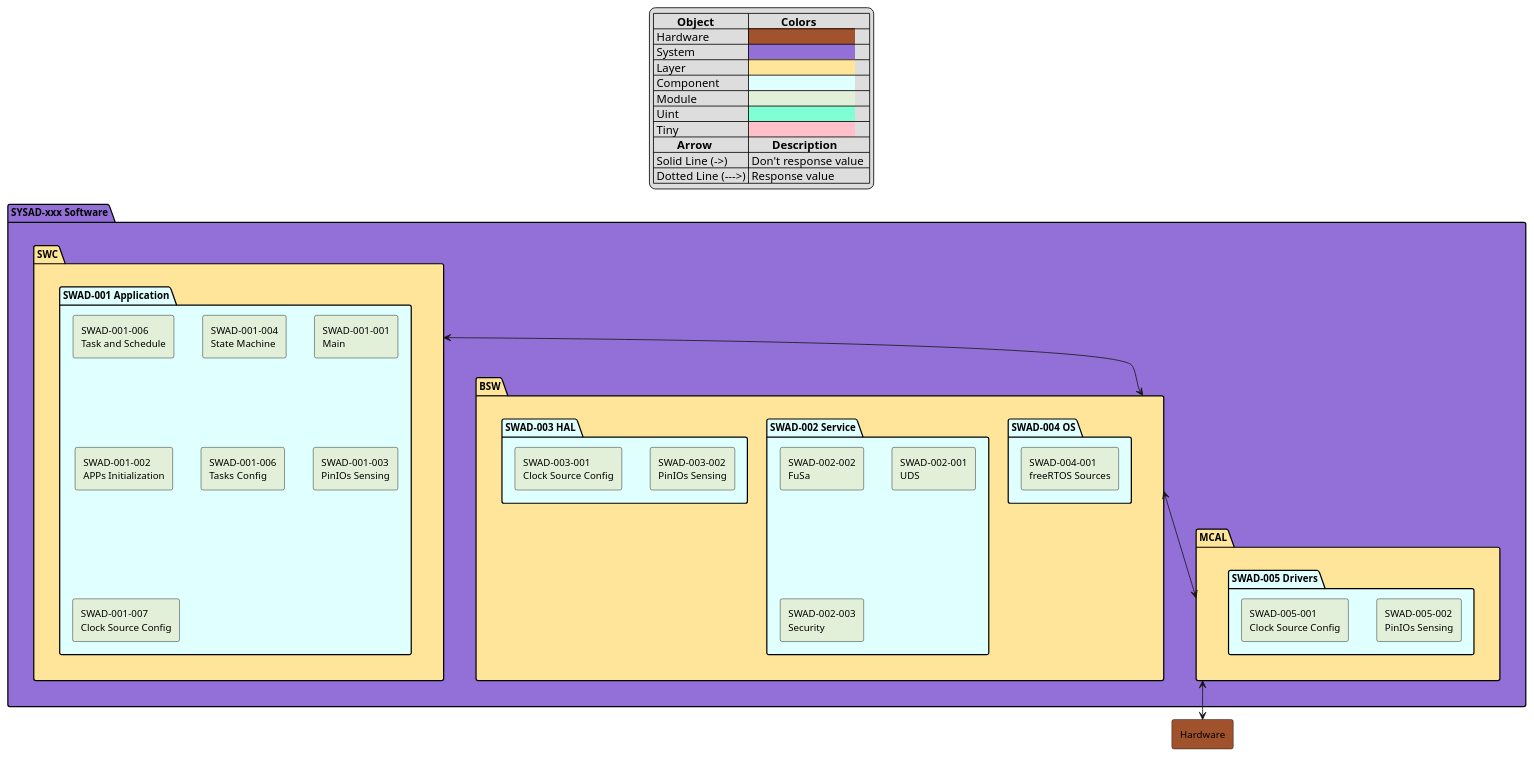
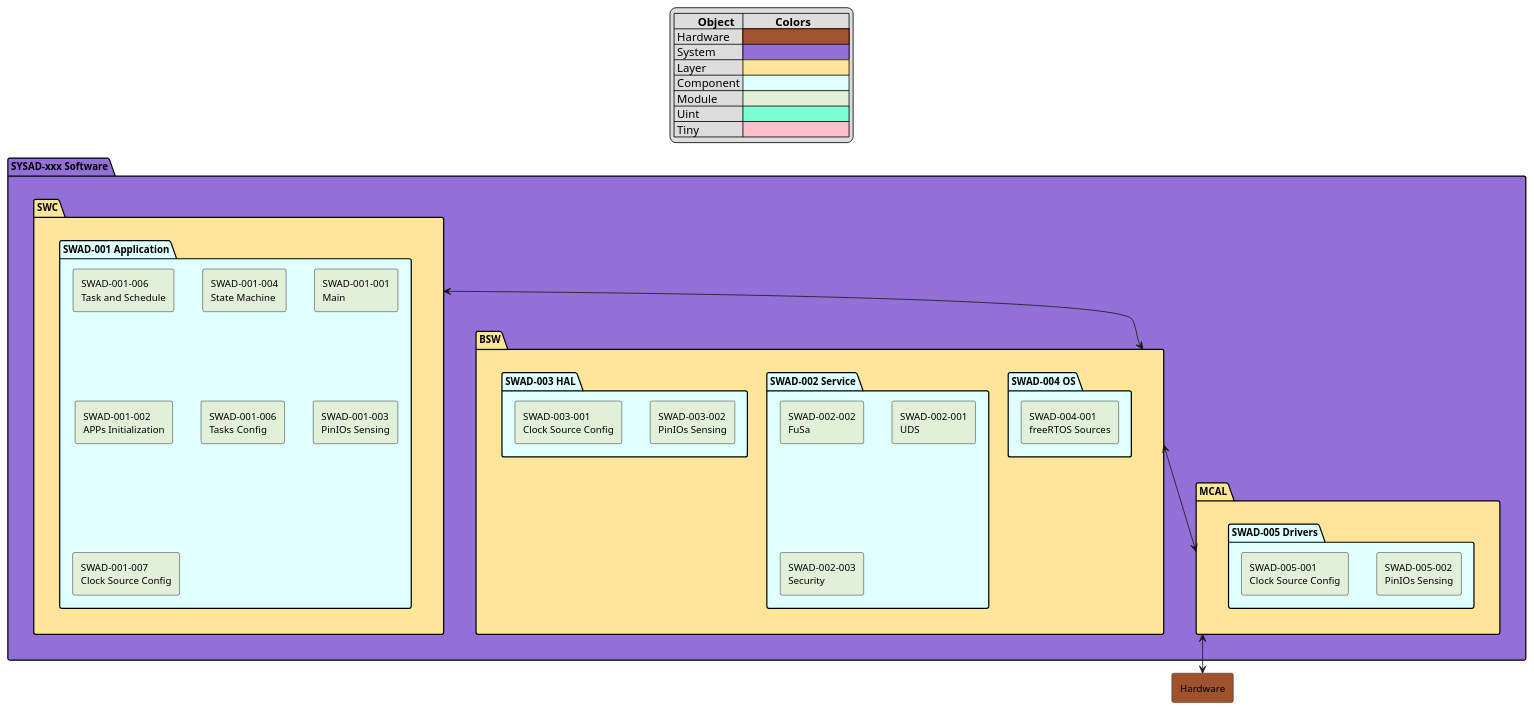
Before and after one commit to FdsLu/StaticSwArch: the diagram in Static_Sw_Arch.plantuml, drawn with PlantUML. The commit also changed 1 other file, not shown here.

Commit message:
[Delete] Arrow Description

```diff
--- a/Static_Sw_Arch.plantuml
+++ b/Static_Sw_Arch.plantuml
@@ -1,68 +1,64 @@
 @startuml
 '----- Table Description ----
 'Object Colors Setting
 skinparam defaultFontName Arial
 skinparam defaultFontSize 12
 legend top
 |=        Object  |=           Colors  |
 | Hardware  |<back:sienna>                                    |
 | System  |<back:mediumpurple>                                    |
 | Layer  |<back:#FEE599>                                    |
 | Component |<back:#lightcyan>                                    |
 | Module |<back:#E2EFD9>                                    |
 | Uint |<back:#aquamarine>                                    |
 | Tiny |<back:#pink>                                    |
-'Arrow Function
-|=        Arrow |=        Description |
-| Solid Line (->) | Don't response value  |
-| Dotted Line (--->) | Response value |
 endlegend
 
 skinparam rectangle {
     BackgroundColor LightSkyBlue
     BorderColor Black
 }
 
 package "SYSAD-xxx Software" #mediumpurple {
     package "SWC" #FEE599 {
         package "SWAD-001 Application" #lightcyan{
             rectangle "SWAD-001-006\nTask and Schedule" as TaskSchedule #E2EFD9
             rectangle "SWAD-001-004\nState Machine" as StateMachine #E2EFD9
             rectangle "SWAD-001-001\nMain" as Main #E2EFD9
             rectangle "SWAD-001-002\nAPPs Initialization" as AppsInit #E2EFD9
             rectangle "SWAD-001-006\nTasks Config" as TasksConfig #E2EFD9
             rectangle "SWAD-001-003\nPinIOs Sensing" as PinIOSensing #E2EFD9
             rectangle "SWAD-001-007\nClock Source Config" as ClockSourceConfig #E2EFD9
         }
     }
 
     package "BSW" #FEE599 {
         package "SWAD-004 OS" as OS #lightcyan {
             rectangle "SWAD-004-001\nfreeRTOS Sources" as freeRTOS #E2EFD9
         }
 
         package "SWAD-002 Service" as Service #lightcyan {
             rectangle "SWAD-002-002\nFuSa" as FuSa #E2EFD9
             rectangle "SWAD-002-001\nUDS" as UDS #E2EFD9
             rectangle "SWAD-002-003\nSecurity" as Security #E2EFD9
         }
 
         package "SWAD-003 HAL" as HAL #lightcyan {
             rectangle "SWAD-003-002\nPinIOs Sensing" as HAL_PinIOSensing #E2EFD9
             rectangle "SWAD-003-001\nClock Source Config" as HAL_ClockSourceConfig #E2EFD9
         }
     }
 
     package "MCAL" #FEE599 {
         package "SWAD-005 Drivers" as Drivers #lightcyan{
             rectangle "SWAD-005-002\nPinIOs Sensing" as MCAL_PinIOSensing #E2EFD9
             rectangle "SWAD-005-001\nClock Source Config" as MCAL_ClockSourceConfig #E2EFD9
         }
     }
 }
 
 rectangle "Hardware" as Hardware #sienna
 SWC <--> BSW
 BSW <--> MCAL
 MCAL <--> Hardware
 @enduml
```
